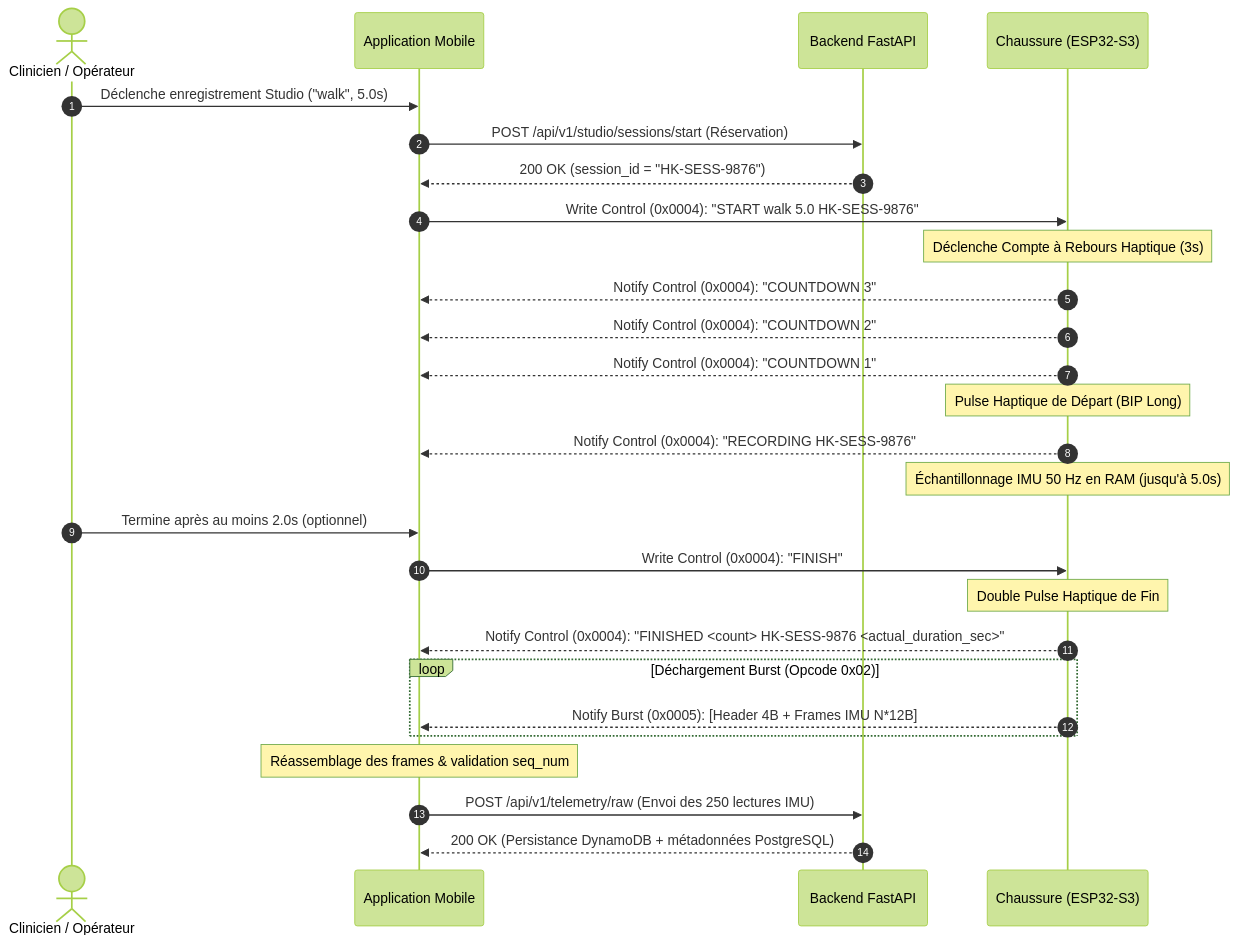
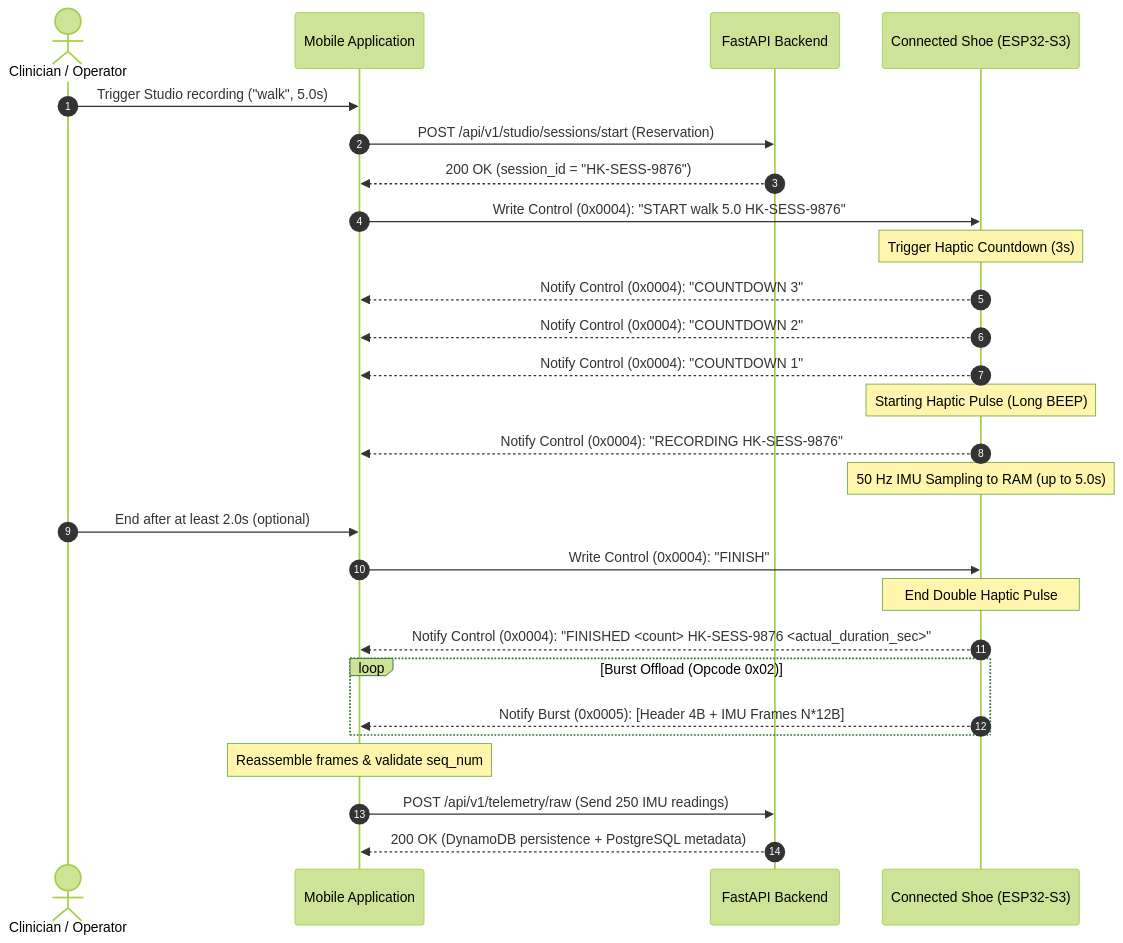
Before and after one commit to daverck/health-kicks-ecosystem: the diagram in contracts/studio_burst_protocol.md, drawn with Mermaid (forest theme). The commit also changed other lines of this file and 20 other files, not shown here.

````diff
--- a/contracts/studio_burst_protocol.md
+++ b/contracts/studio_burst_protocol.md
@@ -21,35 +21,35 @@
 ```mermaid
 sequenceDiagram
     autonumber
-    actor Clinician as Clinicien / Opérateur
-    participant Mobile as Application Mobile
-    participant Backend as Backend FastAPI
-    participant Shoe as Chaussure (ESP32-S3)
+    actor Clinician as Clinician / Operator
+    participant Mobile as Mobile Application
+    participant Backend as FastAPI Backend
+    participant Shoe as Connected Shoe (ESP32-S3)
 
-    Clinician->>Mobile: Déclenche enregistrement Studio ("walk", 5.0s)
-    Mobile->>Backend: POST /api/v1/studio/sessions/start (Réservation)
+    Clinician->>Mobile: Trigger Studio recording ("walk", 5.0s)
+    Mobile->>Backend: POST /api/v1/studio/sessions/start (Reservation)
     Backend-->>Mobile: 200 OK (session_id = "HK-SESS-9876")
 
     Mobile->>Shoe: Write Control (0x0004): "START walk 5.0 HK-SESS-9876"
-    Note over Shoe: Déclenche Compte à Rebours Haptique (3s)
+    Note over Shoe: Trigger Haptic Countdown (3s)
     Shoe-->>Mobile: Notify Control (0x0004): "COUNTDOWN 3"
     Shoe-->>Mobile: Notify Control (0x0004): "COUNTDOWN 2"
     Shoe-->>Mobile: Notify Control (0x0004): "COUNTDOWN 1"
 
-    Note over Shoe: Pulse Haptique de Départ (BIP Long)
+    Note over Shoe: Starting Haptic Pulse (Long BEEP)
     Shoe-->>Mobile: Notify Control (0x0004): "RECORDING HK-SESS-9876"
-    Note over Shoe: Échantillonnage IMU 50 Hz en RAM (jusqu'à 5.0s)
-    Clinician->>Mobile: Termine après au moins 2.0s (optionnel)
+    Note over Shoe: 50 Hz IMU Sampling to RAM (up to 5.0s)
+    Clinician->>Mobile: End after at least 2.0s (optional)
     Mobile->>Shoe: Write Control (0x0004): "FINISH"
 
-    Note over Shoe: Double Pulse Haptique de Fin
+    Note over Shoe: End Double Haptic Pulse
     Shoe-->>Mobile: Notify Control (0x0004): "FINISHED <count> HK-SESS-9876 <actual_duration_sec>"
 
-    loop Déchargement Burst (Opcode 0x02)
-        Shoe-->>Mobile: Notify Burst (0x0005): [Header 4B + Frames IMU N*12B]
+    loop Burst Offload (Opcode 0x02)
+        Shoe-->>Mobile: Notify Burst (0x0005): [Header 4B + IMU Frames N*12B]
     end
 
-    Note over Mobile: Réassemblage des frames & validation seq_num
-    Mobile->>Backend: POST /api/v1/telemetry/raw (Envoi des 250 lectures IMU)
-    Backend-->>Mobile: 200 OK (Persistance DynamoDB + métadonnées PostgreSQL)
+    Note over Mobile: Reassemble frames & validate seq_num
+    Mobile->>Backend: POST /api/v1/telemetry/raw (Send 250 IMU readings)
+    Backend-->>Mobile: 200 OK (DynamoDB persistence + PostgreSQL metadata)
 ```
````
